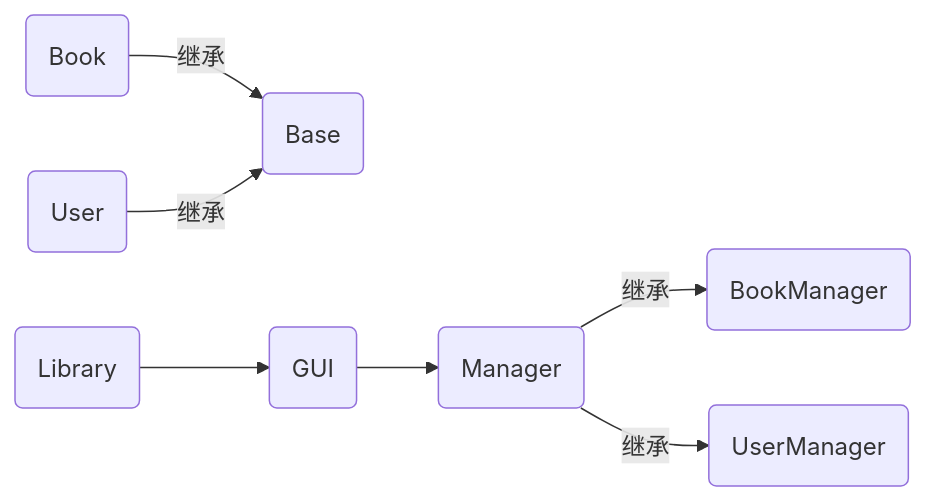
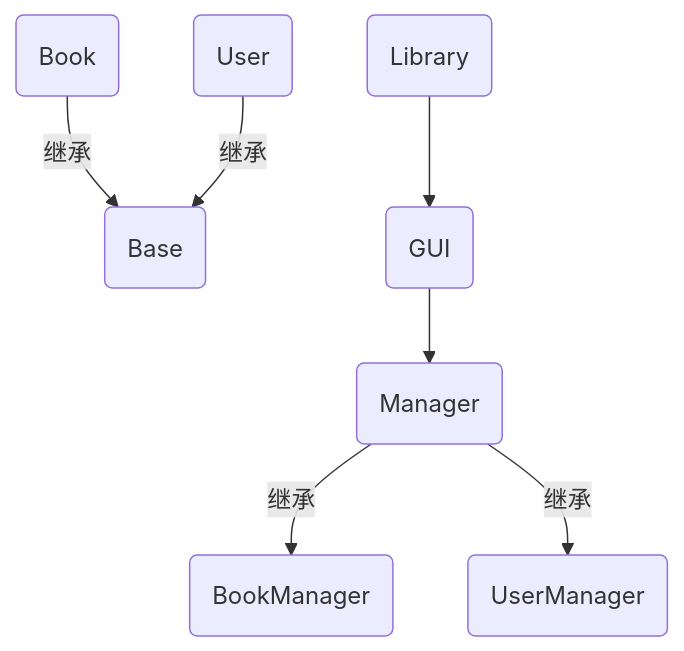
One commit to Horizonll/Library changed the second of 3 diagrams in 说明书.md. Above: the diagram before and after it, drawn with Mermaid.

````diff
--- a/说明书.md
+++ b/说明书.md
@@ -253,9 +253,9 @@
 ```mermaid
-graph LR
+graph TD
     B(Book) -->|继承| BA(Base)
     U(User) -->|继承| BA
     M(Manager) --> |继承| BM(BookManager)
     M --> |继承| UM(UserManager)
     G(GUI) --> M
     L(Library) --> G
 ```
````
